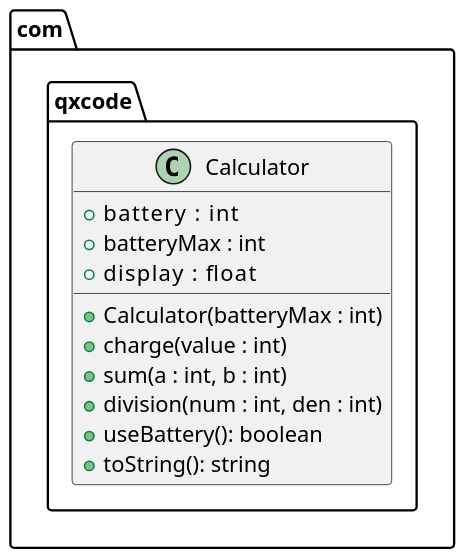
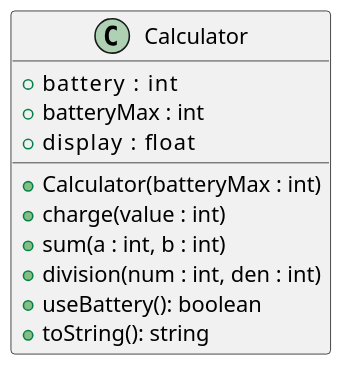
Before and after one commit to qxcodepoo/arcade: the diagram in base/001/diagrama.puml, drawn with PlantUML. The commit also changed other lines of this file and 16 other files, not shown here.

```diff
--- a/base/001/diagrama.puml
+++ b/base/001/diagrama.puml
@@ -1,20 +2,39 @@
 @startuml
 
 skinparam defaultFontName Hasklig
 skinparam dpi 150
 
-package com.qxcode {
-  class Calculator {
-    + battery    : int
-    + batteryMax : int
-    + display    : float
-    __
-    + Calculator(batteryMax : int)
-    + charge(value : int)
-    + sum(a : int, b : int)
-    + division(num : int, den : int)
-    + useBattery(): boolean
-    + toString(): string
-  }
+'==
+class Calculator {
+  + battery    : int
+  + batteryMax : int
+  + display    : float
+  __
+  '
+  ' inicia os atributos batteryMax utilizando o parametro passado
+  ' battery e display começam com o zero
+  + Calculator(batteryMax : int)
+  '
+  ' aumenta a bateria value, porém não além do máximo.
+  + charge(value : int)
+  '
+  ' tenta gastar bateria usando o método useBattery
+  ' verifica o resultado do retorno
+  ' armazene a soma no atributo display.
+  + sum(a : int, b : int)
+  '
+  ' tenta gastar bateria usando o método useBattery
+  ' verifica o resultado do retorno
+  ' verifica se não é divisão por zero
+  ' armazena o resultado no display
+  + division(num : int, den : int)
+  '
+  ' tenta gastar uma unidade da bateria e emite um erro se não conseguir.
+  ' retorna se conseguiu gastar ou não.
+  + useBattery(): boolean
+  '
+  '
+  + toString(): string
 }
+'--
 @enduml
```
